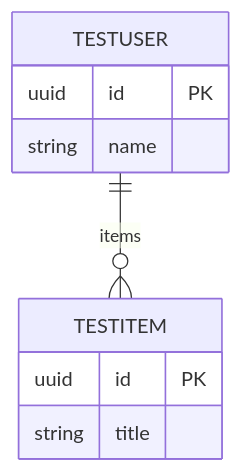
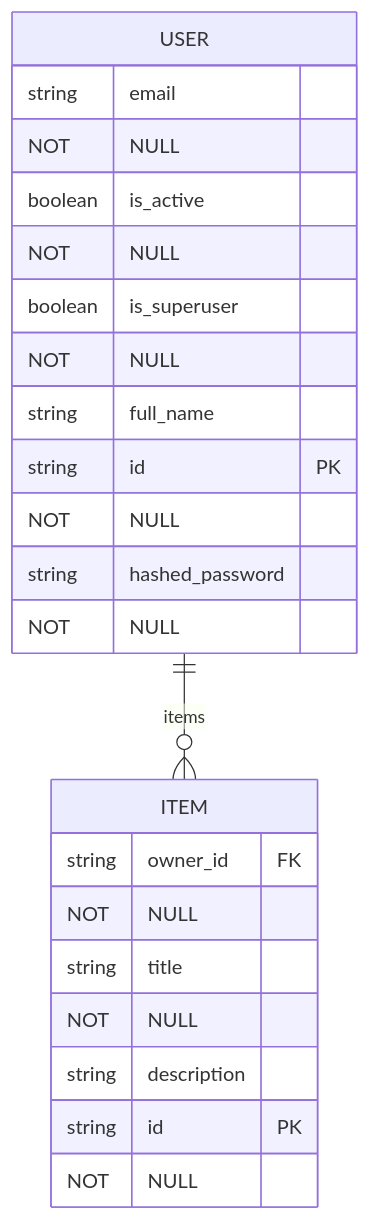
One commit to murphycrew/full-stack-fastapi-template changed the diagram in docs/database/erd.mmd. Above: the diagram before and after it, drawn with Mermaid.

Commit message:
Fixing coverage

```diff
--- a/docs/database/erd.mmd
+++ b/docs/database/erd.mmd
@@ -1,22 +1,28 @@
 %% Database ERD Diagram
-%% Generated: 2025-10-06T18:30:11.085486
+%% Generated: 2025-10-06T19:59:25.232992
 %% Version: Unknown
 %% Entities: 2
 %% Relationships: 1
 %% Status: invalid
 
 %% This diagram is automatically generated from SQLModel definitions
 
 erDiagram
 
-TESTUSER {
-    uuid id PK
-    string name
+USER {
+    string email NOT NULL
+    boolean is_active NOT NULL
+    boolean is_superuser NOT NULL
+    string full_name
+    string id PK NOT NULL
+    string hashed_password NOT NULL
 }
 
-TESTITEM {
-    uuid id PK
-    string title
+ITEM {
+    string owner_id FK NOT NULL
+    string title NOT NULL
+    string description
+    string id PK NOT NULL
 }
 
-TESTUSER ||--o{ TESTITEM : items
+USER ||--o{ ITEM : items
```
